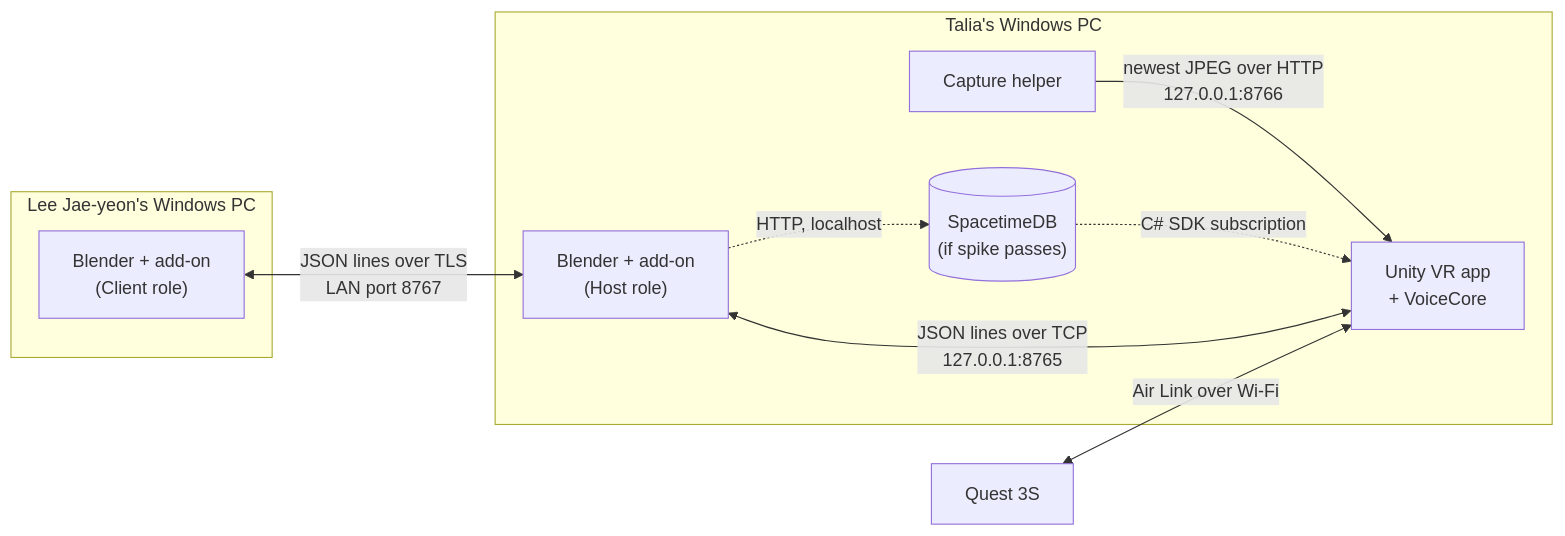
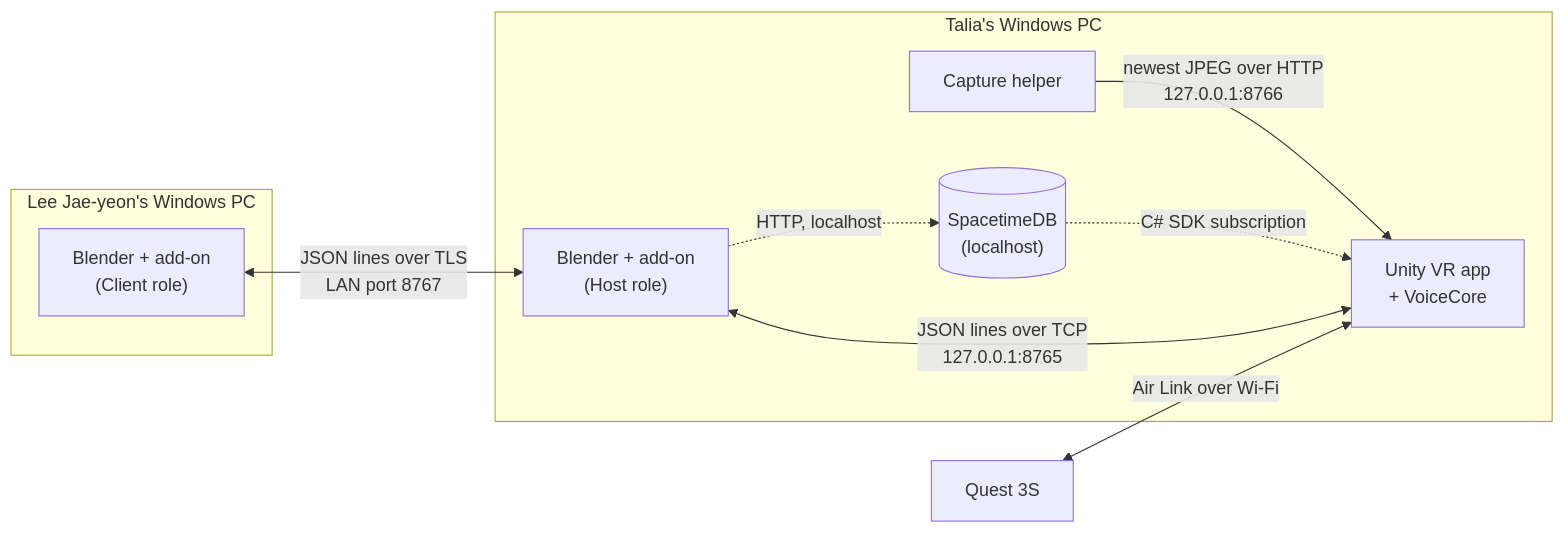
Before and after one commit to waaberi/calhacks13: the diagram in PHASE_PLAN.md, drawn with Mermaid. The commit also changed other lines of this file and 6 other files, not shown here.

````diff
--- a/PHASE_PLAN.md
+++ b/PHASE_PLAN.md
@@ -45,19 +45,19 @@
 ```mermaid
 flowchart LR
   subgraph talia["Talia's Windows PC"]
     host["Blender + add-on<br/>(Host role)"]
     app["Unity VR app<br/>+ VoiceCore"]
     capture["Capture helper"]
-    stdb[("SpacetimeDB<br/>(if spike passes)")]
+    stdb[("SpacetimeDB<br/>(localhost)")]
   end
   subgraph lee["Lee Jae-yeon's Windows PC"]
     client["Blender + add-on<br/>(Client role)"]
   end
   quest["Quest 3S"]
   app <-->|"JSON lines over TCP<br/>127.0.0.1:8765"| host
   capture -->|"newest JPEG over HTTP<br/>127.0.0.1:8766"| app
   client <-->|"JSON lines over TLS<br/>LAN port 8767"| host
   quest <-->|"Air Link over Wi-Fi"| app
   host -.->|"HTTP, localhost"| stdb
   stdb -.->|"C# SDK subscription"| app
 ```
````
